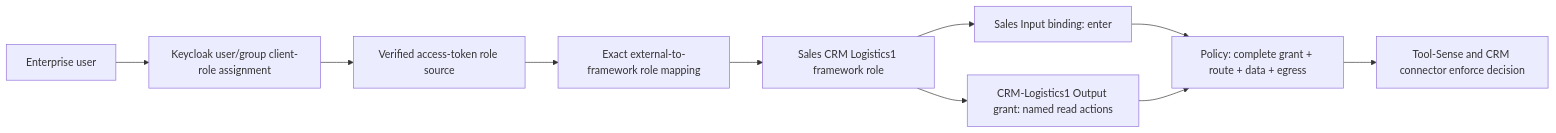
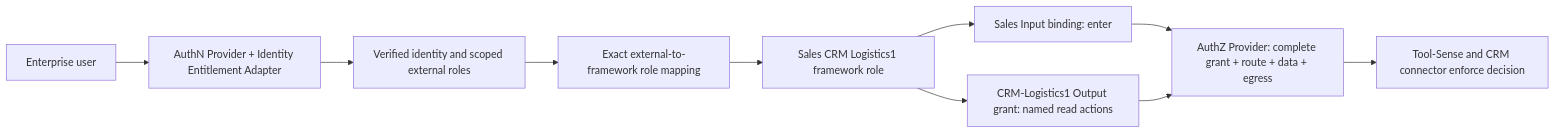
The diagram in docs/design/high-level/10-overall/08-channel-consoles-role-mapping.md (diaryfolio/aiops-fabric-docs), drawn with Mermaid before and after one commit. The commit also changed other lines of this file and 18 other files, not shown here.

````diff
--- a/docs/design/high-level/10-overall/08-channel-consoles-role-mapping.md
+++ b/docs/design/high-level/10-overall/08-channel-consoles-role-mapping.md
@@ -39,12 +88,12 @@
 ```mermaid
 flowchart LR
-    User["Enterprise user"] --> KC["Keycloak user/group client-role assignment"]
-    KC --> Token["Verified access-token role source"]
+    User["Enterprise user"] --> Identity["AuthN Provider + Identity Entitlement Adapter"]
+    Identity --> Token["Verified identity and scoped external roles"]
     Token --> Mapping["Exact external-to-framework role mapping"]
     Mapping --> Role["Sales CRM Logistics1 framework role"]
     Role --> Input["Sales Input binding: enter"]
     Role --> Grant["CRM-Logistics1 Output grant: named read actions"]
-    Input --> Policy["Policy: complete grant + route + data + egress"]
+    Input --> Policy["AuthZ Provider: complete grant + route + data + egress"]
     Grant --> Policy
     Policy --> Tool["Tool-Sense and CRM connector enforce decision"]
 ```
````
